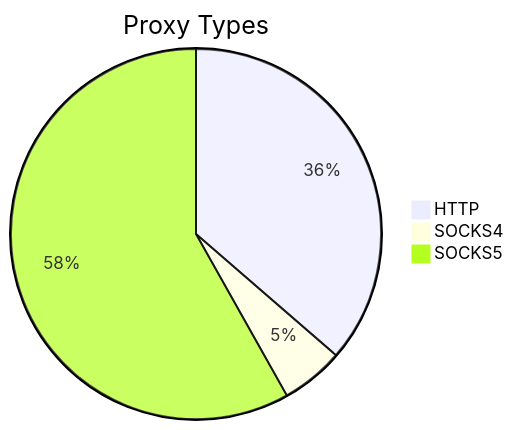
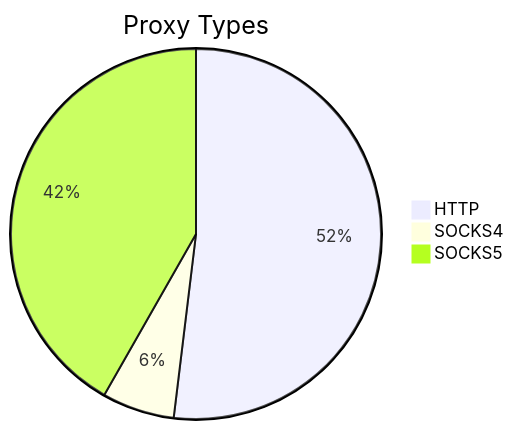
The first of 2 diagrams in README.md (stormsia/proxy-list), drawn with Mermaid before and after one commit. The commit also changed other lines of this file, not shown here.

````diff
--- a/README.md
+++ b/README.md
@@ -21,6 +21,6 @@
 ```mermaid
 pie title Proxy Types
-    "HTTP" : 252
-    "SOCKS4" : 38
-    "SOCKS5" : 403
+    "HTTP" : 189
+    "SOCKS4" : 23
+    "SOCKS5" : 152
 ```
````
